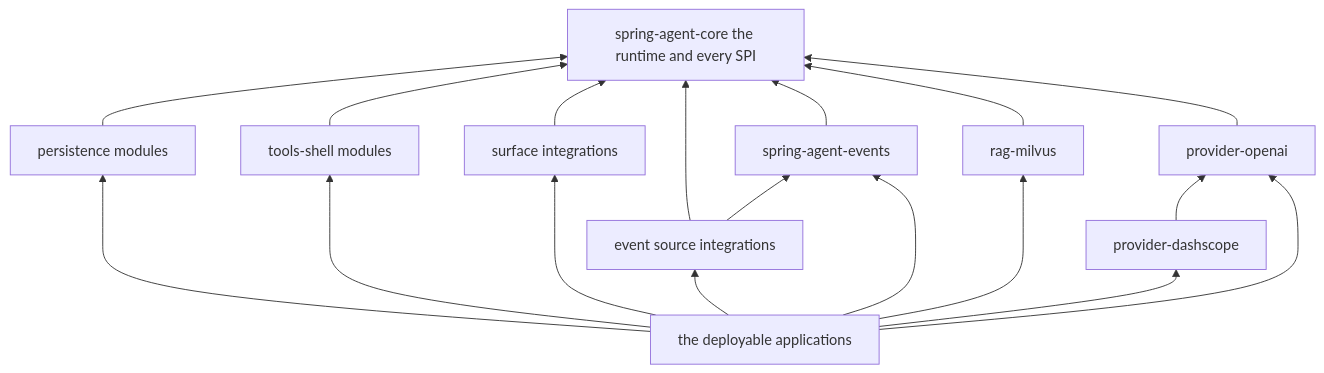
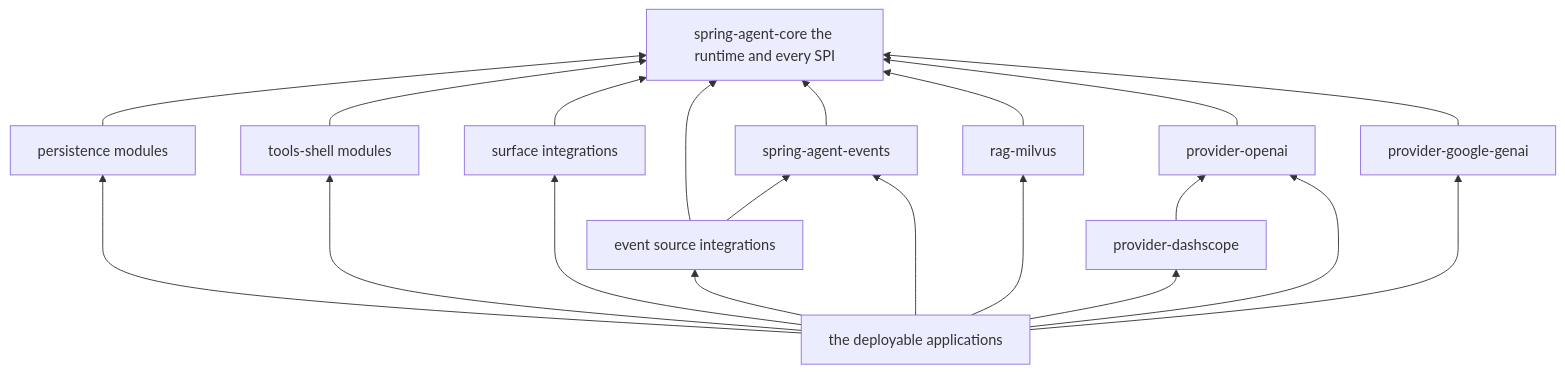
One commit to kezhenxu94/spring-agent changed the seventh of 7 diagrams in docs/architecture.md. Above: the diagram before and after it, drawn with Mermaid. The commit also changed other lines of this file and 96 other files, not shown here.

````diff
--- a/docs/architecture.md
+++ b/docs/architecture.md
@@ -289,31 +289,34 @@
 ```mermaid
 flowchart BT
     core[spring-agent-core the runtime and every SPI]
     pers[persistence modules]
     shell[tools-shell modules]
     surf[surface integrations]
     src[event source integrations]
     events[spring-agent-events]
     rag[rag-milvus]
     prov[provider-openai]
     dash[provider-dashscope]
+    genai[provider-google-genai]
     apps[the deployable applications]
 
     pers --> core
     shell --> core
     surf --> core
     src --> events
     src --> core
     events --> core
     rag --> core
     prov --> core
     dash --> prov
+    genai --> core
     apps --> pers
     apps --> shell
     apps --> surf
     apps --> src
     apps --> events
     apps --> rag
     apps --> prov
     apps --> dash
+    apps --> genai
 ```
````
